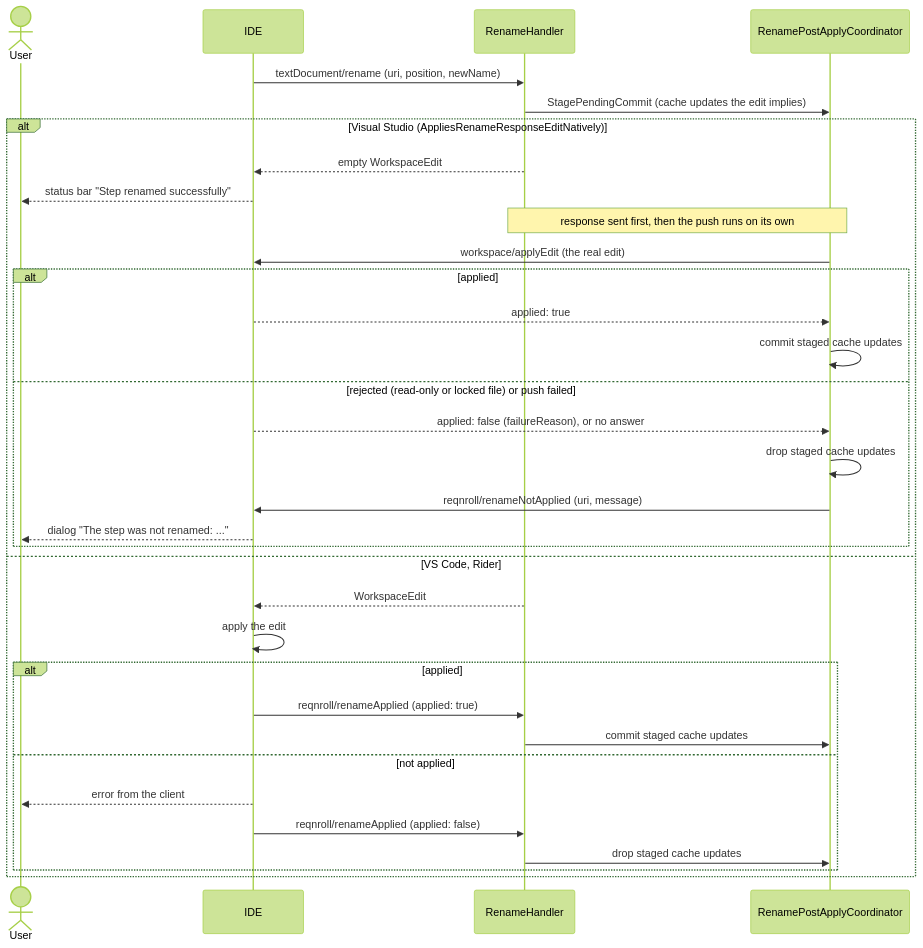
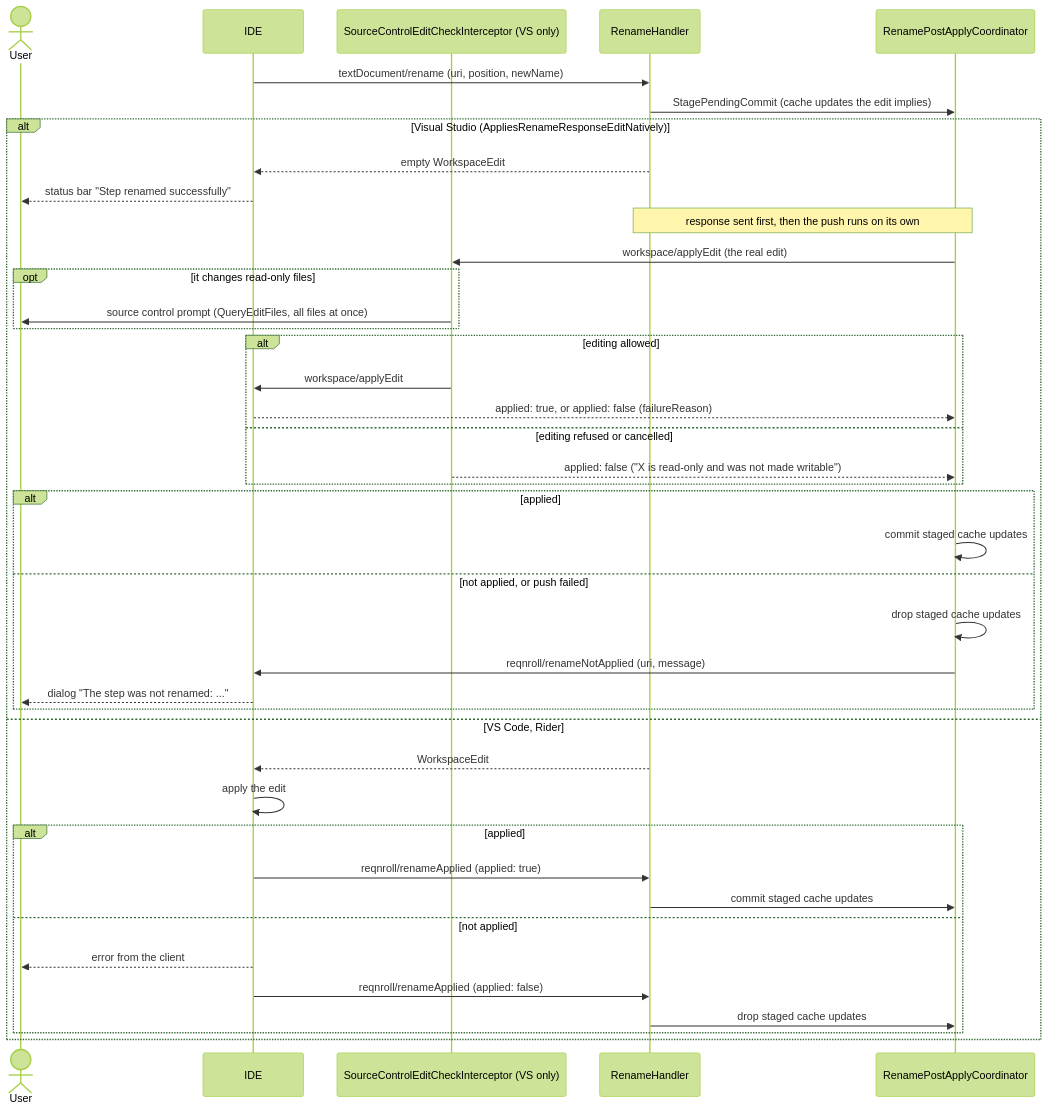
Before and after one commit to reqnroll/Reqnroll.IdeSupport: the fourth of 4 diagrams in docs/features/rename.md, drawn with Mermaid (forest theme). The commit also changed other lines of this file and 9 other files, not shown here.

````diff
--- a/docs/features/rename.md
+++ b/docs/features/rename.md
@@ -109,36 +109,44 @@
 ```mermaid
 sequenceDiagram
     actor U as User
     participant IDE
+    participant SC as SourceControlEditCheckInterceptor (VS only)
     participant R as RenameHandler
     participant C as RenamePostApplyCoordinator
 
     IDE->>R: textDocument/rename (uri, position, newName)
     R->>C: StagePendingCommit (cache updates the edit implies)
     alt Visual Studio (AppliesRenameResponseEditNatively)
         R-->>IDE: empty WorkspaceEdit
         IDE-->>U: status bar "Step renamed successfully"
         Note over R,C: response sent first, then the push runs on its own
-        C->>IDE: workspace/applyEdit (the real edit)
+        C->>SC: workspace/applyEdit (the real edit)
+        opt it changes read-only files
+            SC->>U: source control prompt (QueryEditFiles, all files at once)
+        end
+        alt editing allowed
+            SC->>IDE: workspace/applyEdit
+            IDE-->>C: applied: true, or applied: false (failureReason)
+        else editing refused or cancelled
+            SC-->>C: applied: false ("X is read-only and was not made writable")
+        end
         alt applied
-            IDE-->>C: applied: true
             C->>C: commit staged cache updates
-        else rejected (read-only or locked file) or push failed
-            IDE-->>C: applied: false (failureReason), or no answer
+        else not applied, or push failed
             C->>C: drop staged cache updates
             C->>IDE: reqnroll/renameNotApplied (uri, message)
             IDE-->>U: dialog "The step was not renamed: ..."
         end
     else VS Code, Rider
         R-->>IDE: WorkspaceEdit
         IDE->>IDE: apply the edit
         alt applied
             IDE->>R: reqnroll/renameApplied (applied: true)
             R->>C: commit staged cache updates
         else not applied
             IDE-->>U: error from the client
             IDE->>R: reqnroll/renameApplied (applied: false)
             R->>C: drop staged cache updates
         end
     end
 ```
````
